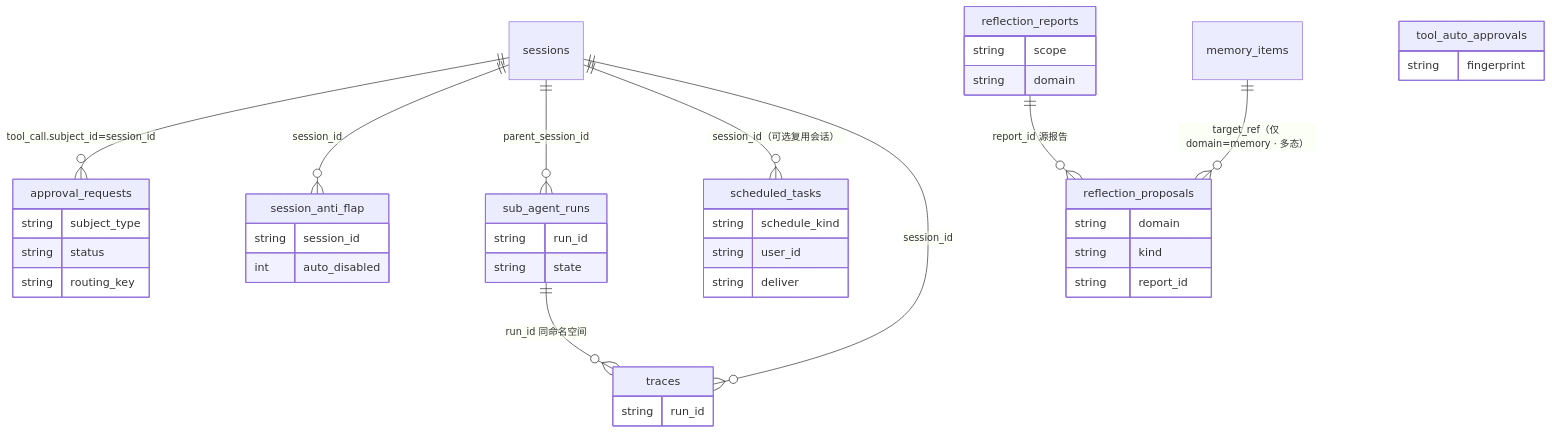
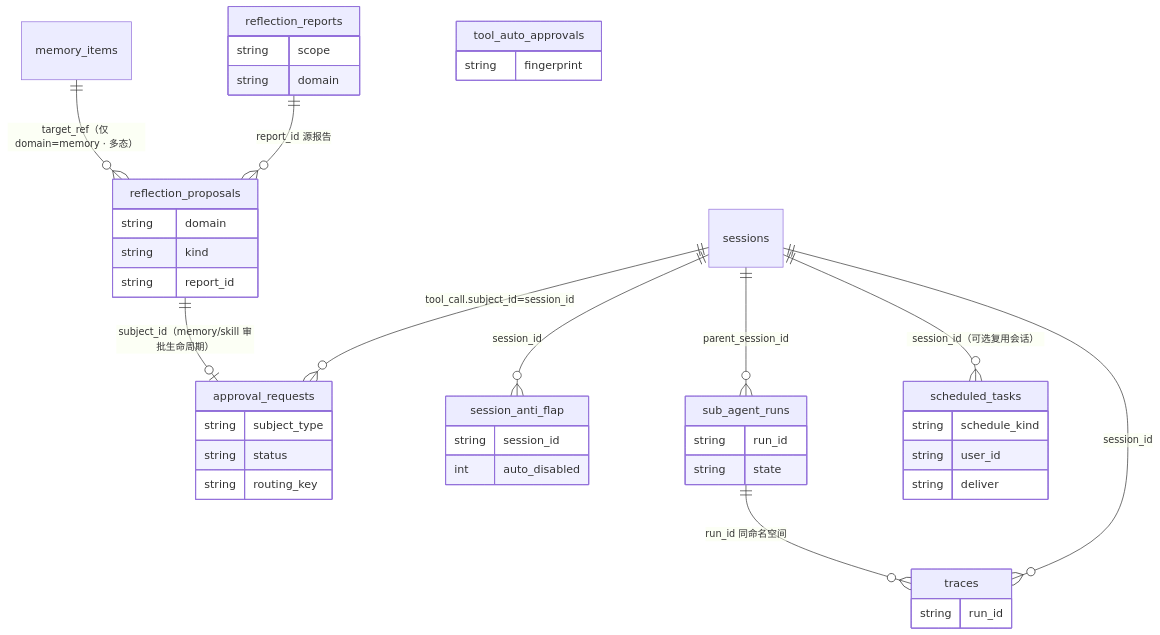
One commit to Summy2104/fleetent changed the third of 4 diagrams in docs/architecture/data-model.md. Above: the diagram before and after it, drawn with Mermaid.

Commit message:
docs(data-model): draw the proposal-side approval_requests edge in 3.3
The unify landing drew approval_requests' tool_call subject edge
(sessions->approval_requests) but left the memory/skill subject edge
(approval_requests->reflection_proposals) prose-only in note 4. Add the
symmetric edge so the polymorphic subject is fully visible in the diagram.

````diff
--- a/docs/architecture/data-model.md
+++ b/docs/architecture/data-model.md
@@ -163,44 +163,45 @@
 ```mermaid
 erDiagram
   sessions ||--o{ approval_requests : "tool_call.subject_id=session_id"
   sessions ||--o{ session_anti_flap : "session_id"
   sessions ||--o{ sub_agent_runs : "parent_session_id"
   sessions ||--o{ scheduled_tasks : "session_id（可选复用会话）"
   sessions ||--o{ traces : "session_id"
   sub_agent_runs ||--o{ traces : "run_id 同命名空间"
   reflection_reports ||--o{ reflection_proposals : "report_id 源报告"
   memory_items ||--o{ reflection_proposals : "target_ref（仅 domain=memory · 多态）"
+  reflection_proposals ||--o| approval_requests : "subject_id（memory/skill 审批生命周期）"
   scheduled_tasks {
     string schedule_kind
     string user_id
     string deliver
   }
   traces {
     string run_id
   }
   reflection_reports {
     string scope
     string domain
   }
   reflection_proposals {
     string domain
     string kind
     string report_id
   }
   approval_requests {
     string subject_type
     string status
     string routing_key
   }
   tool_auto_approvals {
     string fingerprint
   }
   session_anti_flap {
     string session_id
     int auto_disabled
   }
   sub_agent_runs {
     string run_id
     string state
   }
 ```
````
